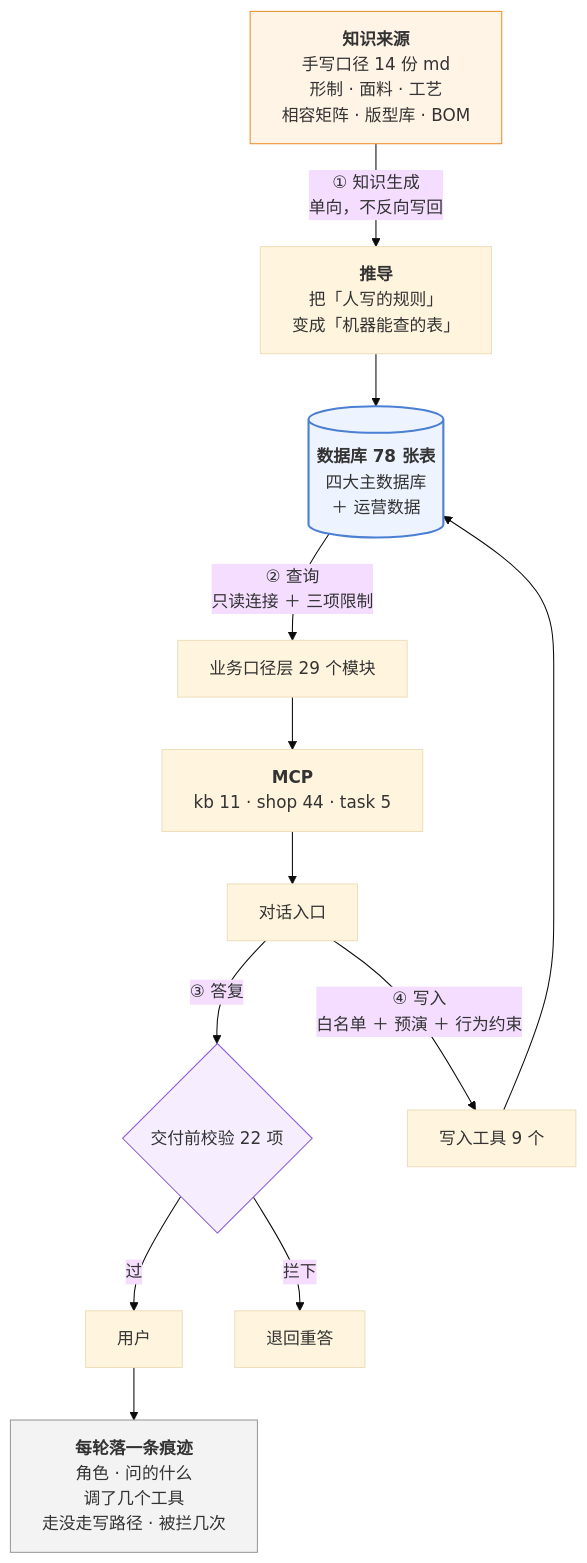
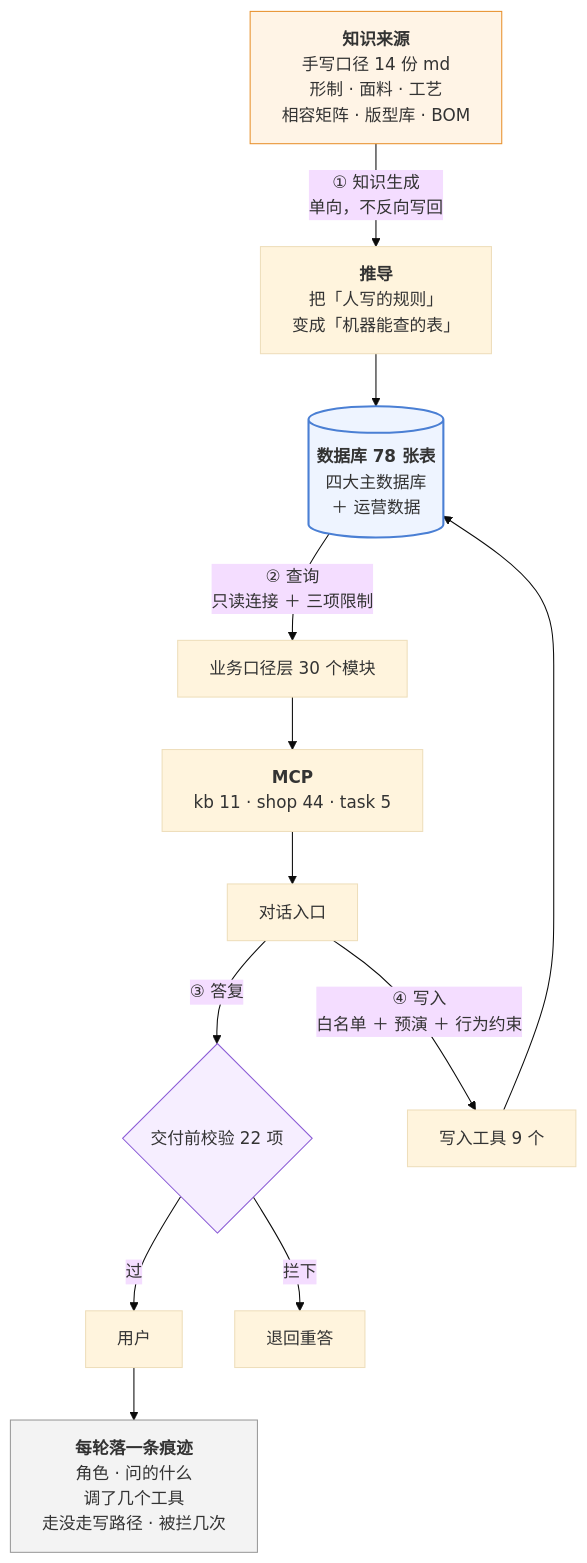
One commit to 843773296-rgb/lanxiu-yunshang-agent changed the third of 4 diagrams in 澜绣云裳agent-产品需求文档.md. Above: the diagram before and after it, drawn with Mermaid (base theme). The commit also changed other lines of this file and 16 other files, not shown here.

````diff
--- a/澜绣云裳agent-产品需求文档.md
+++ b/澜绣云裳agent-产品需求文档.md
@@ -379,24 +380,24 @@
 ```mermaid
 flowchart TD
     MD["<b>知识来源</b><br/>手写口径 14 份 md<br/>形制 · 面料 · 工艺<br/>相容矩阵 · 版型库 · BOM"]
     MD -->|"① 知识生成<br/>单向，不反向写回"| DV["<b>推导</b><br/>把「人写的规则」<br/>变成「机器能查的表」"]
     DV --> DB[("<b>数据库 78 张表</b><br/>四大主数据库<br/>＋ 运营数据")]
 
-    DB -->|"② 查询<br/>只读连接 ＋ 三项限制"| KJ["业务口径层 29 个模块"]
+    DB -->|"② 查询<br/>只读连接 ＋ 三项限制"| KJ["业务口径层 30 个模块"]
     KJ --> MCP["<b>MCP</b><br/>kb 11 · shop 44 · task 5"]
     MCP --> LLM["对话入口"]
 
     LLM -->|"③ 答复"| GD{"交付前校验 22 项"}
     GD -- 过 --> U["用户"]
     GD -- 拦下 --> RE["退回重答"]
 
     LLM -->|"④ 写入<br/>白名单 ＋ 预演 ＋ 行为约束"| W["写入工具 9 个"]
     W --> DB
 
     U --> TR["<b>每轮落一条痕迹</b><br/>角色 · 问的什么<br/>调了几个工具<br/>走没走写路径 · 被拦几次"]
 
     style MD fill:#fff4e6,stroke:#e8912d
     style DB fill:#eef4ff,stroke:#4a7fd4,stroke-width:2px
     style GD fill:#f6eeff,stroke:#8b5cd6
     style TR fill:#f3f3f3,stroke:#999
 ```
````
